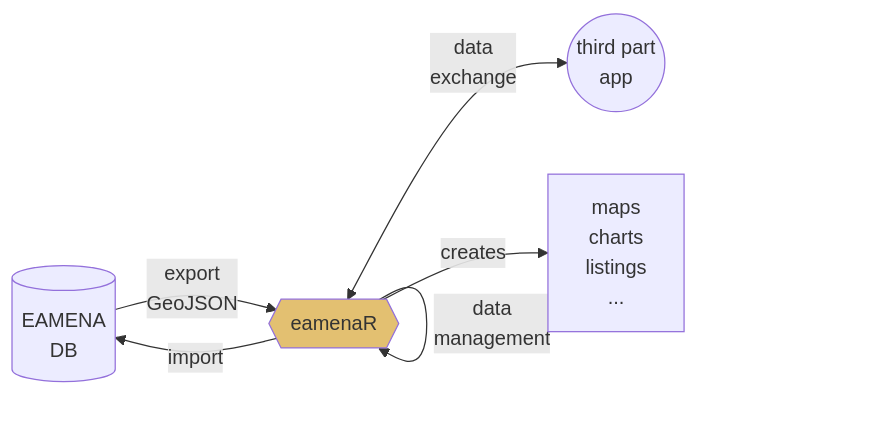
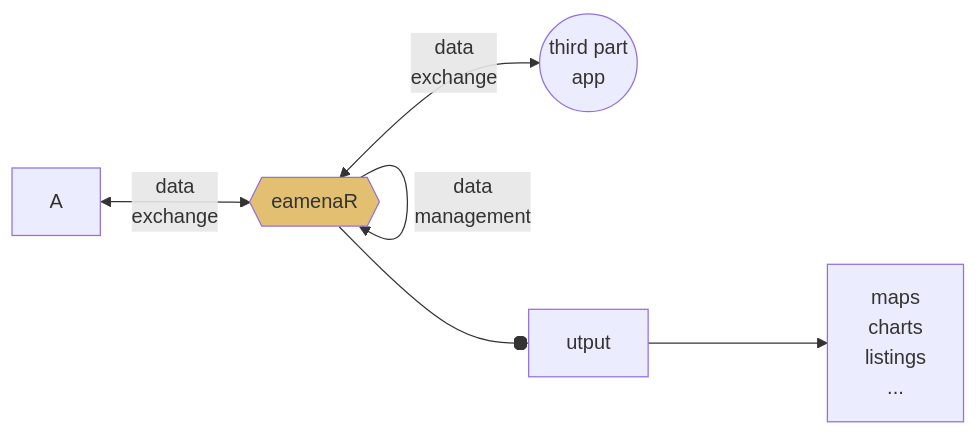
The first of 3 diagrams in README.md (eamena-project/eamenaR), drawn with Mermaid before and after one commit. The commit also changed other lines of this file, not shown here.

````diff
--- a/README.md
+++ b/README.md
@@ -16,9 +6,8 @@
 ```mermaid
 flowchart LR
-    A[(EAMENA<br>DB)] --export<br>GeoJSON--> B{{"eamenaR"}}:::eamenaRpkg;
+    A <--data<br>exchange--> B{{"eamenaR"}}:::eamenaRpkg;
     B --data<br>management--> B;
     B <--data<br>exchange--> C((third part<br>app));
-    B --import--> A;
-    B --creates--> D[maps<br>charts<br>listings<br>...]
+    B --output--> D[maps<br>charts<br>listings<br>...]
     classDef eamenaRpkg fill:#e3c071;
 ```
````
